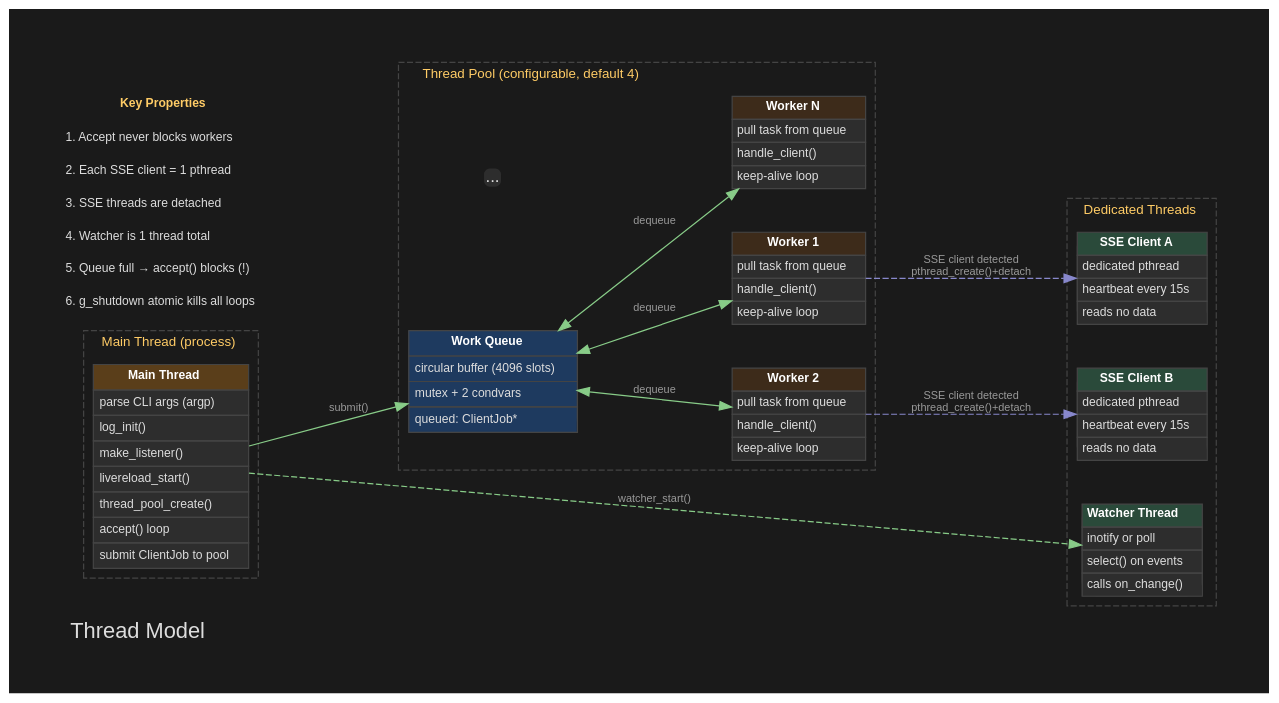
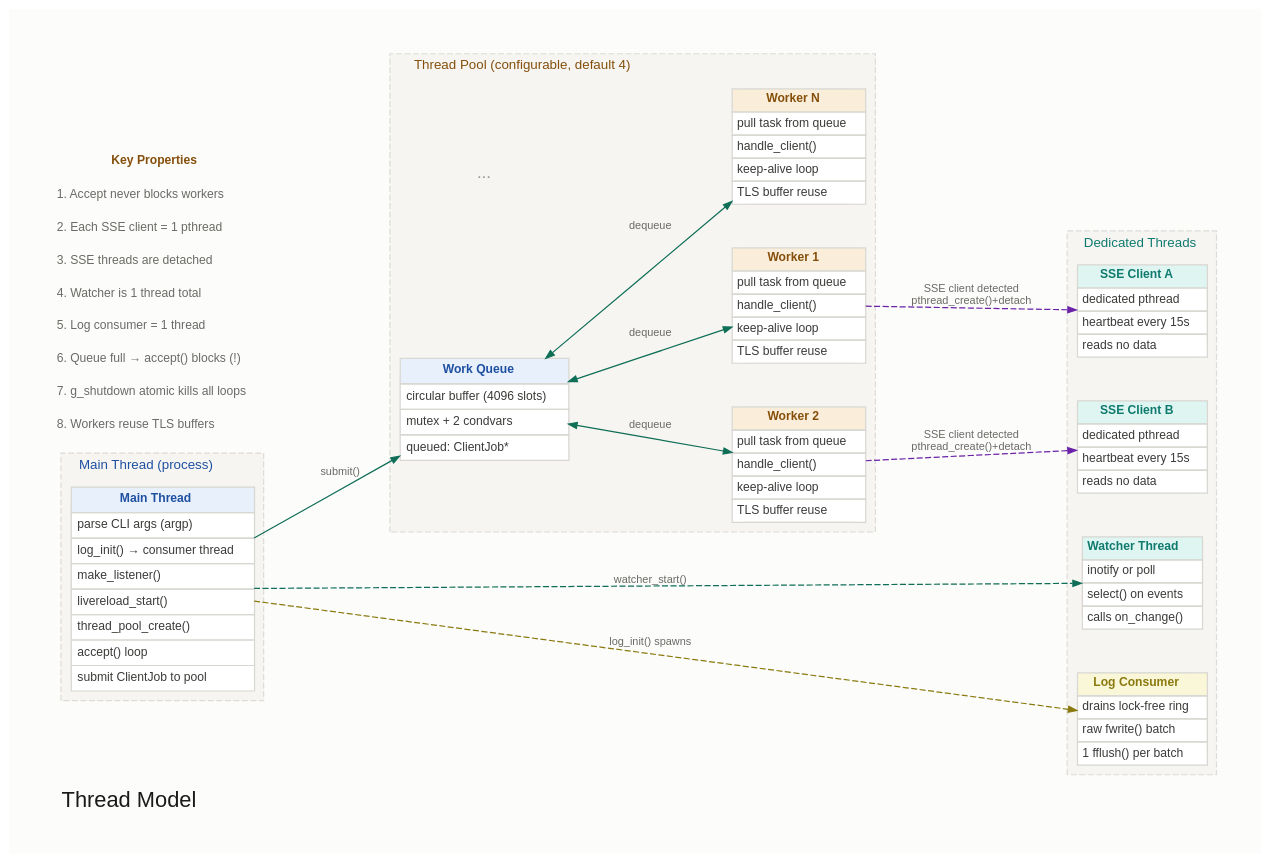
One commit to pritam12426/live_server changed the diagram in assets/thread-model.dot. Above: the diagram before and after it, drawn with Graphviz. The commit also changed 29 other files, not shown here.

```diff
--- a/assets/thread-model.dot
+++ b/assets/thread-model.dot
@@ -1,133 +1,146 @@
 digraph thread_model {
-    rankdir=LR;
-    bgcolor="#1a1a1a";
-    fontcolor="#dddddd";
-    fontname="Helvetica";
-    label="Thread Model";
-    labeljust=l;
-    fontsize=18;
-    pad=0.5;
-    nodesep=0.5;
-    ranksep=0.8;
+	rankdir=LR;
+	bgcolor="#fcfcfb";
+	fontcolor="#1a1a1a";
+	fontname="Helvetica";
+	label="Thread Model";
+	labeljust=l;
+	fontsize=18;
+	pad=0.4;
+	nodesep=0.5;
+	ranksep=0.8;
 
-    node [fontname="Helvetica" fontsize=10 shape=box style="filled,rounded" color="#444444" fontcolor="#dddddd"];
-    edge [color="#555555" fontcolor="#999999" fontname="Helvetica" fontsize=9];
+	node [fontname="Helvetica" fontsize=10 shape=box style="filled,rounded" color="#d8d7d2" fontcolor="#3a3a38"];
+	edge [color="#9c9b95" fontcolor="#6b6a66" fontname="Helvetica" fontsize=9 arrowsize=0.7 penwidth=1];
 
-    // ── Main Thread ───────────────────────────────────────────
+	// ── Main Thread ───────────────────────────────────────────
 
-    subgraph cluster_main {
-        label="Main Thread (process)";
-        style="filled,dashed";
-        color="#444444";
-        fillcolor="#1a1a1a";
-        fontcolor="#ffcc66";
-        fontsize=11;
+	subgraph cluster_main {
+		label="Main Thread (process)";
+		style="filled,dashed";
+		color="#dedcd6";
+		fillcolor="#f6f5f2";
+		fontcolor="#1e50a2";
+		fontsize=11;
 
-        main_thread [label=<<TABLE BORDER="0" CELLBORDER="1" CELLSPACING="0" CELLPADDING="4" BGCOLOR="#2d2d2d">
-            <TR><TD BGCOLOR="#5a3e1a"><FONT COLOR="#ffffff"><B>Main Thread</B></FONT></TD></TR>
-            <TR><TD ALIGN="LEFT">parse CLI args (argp)</TD></TR>
-            <TR><TD ALIGN="LEFT">log_init()</TD></TR>
-            <TR><TD ALIGN="LEFT">make_listener()</TD></TR>
-            <TR><TD ALIGN="LEFT">livereload_start()</TD></TR>
-            <TR><TD ALIGN="LEFT">thread_pool_create()</TD></TR>
-            <TR><TD ALIGN="LEFT">accept() loop</TD></TR>
-            <TR><TD ALIGN="LEFT">submit ClientJob to pool</TD></TR>
-        </TABLE>> shape=plain];
-    }
+		main_thread [label=<<TABLE BORDER="0" CELLBORDER="1" CELLSPACING="0" CELLPADDING="4" BGCOLOR="#ffffff" COLOR="#d8d7d2">
+			<TR><TD BGCOLOR="#e8f0fc" COLOR="#d8d7d2"><FONT COLOR="#1e50a2"><B>Main Thread</B></FONT></TD></TR>
+			<TR><TD ALIGN="LEFT"><FONT COLOR="#3a3a38">parse CLI args (argp)</FONT></TD></TR>
+			<TR><TD ALIGN="LEFT"><FONT COLOR="#3a3a38">log_init() → consumer thread</FONT></TD></TR>
+			<TR><TD ALIGN="LEFT"><FONT COLOR="#3a3a38">make_listener()</FONT></TD></TR>
+			<TR><TD ALIGN="LEFT"><FONT COLOR="#3a3a38">livereload_start()</FONT></TD></TR>
+			<TR><TD ALIGN="LEFT"><FONT COLOR="#3a3a38">thread_pool_create()</FONT></TD></TR>
+			<TR><TD ALIGN="LEFT"><FONT COLOR="#3a3a38">accept() loop</FONT></TD></TR>
+			<TR><TD ALIGN="LEFT"><FONT COLOR="#3a3a38">submit ClientJob to pool</FONT></TD></TR>
+		</TABLE>> shape=plain];
+	}
 
-    // ── Thread Pool ───────────────────────────────────────────
+	// ── Thread Pool ───────────────────────────────────────────
 
-    subgraph cluster_pool {
-        label="Thread Pool (configurable, default 4)";
-        style="filled,dashed";
-        color="#444444";
-        fillcolor="#1a1a1a";
-        fontcolor="#ffcc66";
-        fontsize=11;
+	subgraph cluster_pool {
+		label="Thread Pool (configurable, default 4)";
+		style="filled,dashed";
+		color="#dedcd6";
+		fillcolor="#f6f5f2";
+		fontcolor="#854f0b";
+		fontsize=11;
 
-        worker1 [label=<<TABLE BORDER="0" CELLBORDER="1" CELLSPACING="0" CELLPADDING="3" BGCOLOR="#2d2d2d">
-            <TR><TD BGCOLOR="#3d2b1a"><FONT COLOR="#ffffff"><B>Worker 1</B></FONT></TD></TR>
-            <TR><TD ALIGN="LEFT">pull task from queue</TD></TR>
-            <TR><TD ALIGN="LEFT">handle_client()</TD></TR>
-            <TR><TD ALIGN="LEFT">keep-alive loop</TD></TR>
-        </TABLE>> shape=plain];
+		worker1 [label=<<TABLE BORDER="0" CELLBORDER="1" CELLSPACING="0" CELLPADDING="3" BGCOLOR="#ffffff" COLOR="#d8d7d2">
+			<TR><TD BGCOLOR="#faeeda" COLOR="#d8d7d2"><FONT COLOR="#854f0b"><B>Worker 1</B></FONT></TD></TR>
+			<TR><TD ALIGN="LEFT"><FONT COLOR="#3a3a38">pull task from queue</FONT></TD></TR>
+			<TR><TD ALIGN="LEFT"><FONT COLOR="#3a3a38">handle_client()</FONT></TD></TR>
+			<TR><TD ALIGN="LEFT"><FONT COLOR="#3a3a38">keep-alive loop</FONT></TD></TR>
+			<TR><TD ALIGN="LEFT"><FONT COLOR="#3a3a38">TLS buffer reuse</FONT></TD></TR>
+		</TABLE>> shape=plain];
 
-        worker2 [label=<<TABLE BORDER="0" CELLBORDER="1" CELLSPACING="0" CELLPADDING="3" BGCOLOR="#2d2d2d">
-            <TR><TD BGCOLOR="#3d2b1a"><FONT COLOR="#ffffff"><B>Worker 2</B></FONT></TD></TR>
-            <TR><TD ALIGN="LEFT">pull task from queue</TD></TR>
-            <TR><TD ALIGN="LEFT">handle_client()</TD></TR>
-            <TR><TD ALIGN="LEFT">keep-alive loop</TD></TR>
-        </TABLE>> shape=plain];
+		worker2 [label=<<TABLE BORDER="0" CELLBORDER="1" CELLSPACING="0" CELLPADDING="3" BGCOLOR="#ffffff" COLOR="#d8d7d2">
+			<TR><TD BGCOLOR="#faeeda" COLOR="#d8d7d2"><FONT COLOR="#854f0b"><B>Worker 2</B></FONT></TD></TR>
+			<TR><TD ALIGN="LEFT"><FONT COLOR="#3a3a38">pull task from queue</FONT></TD></TR>
+			<TR><TD ALIGN="LEFT"><FONT COLOR="#3a3a38">handle_client()</FONT></TD></TR>
+			<TR><TD ALIGN="LEFT"><FONT COLOR="#3a3a38">keep-alive loop</FONT></TD></TR>
+			<TR><TD ALIGN="LEFT"><FONT COLOR="#3a3a38">TLS buffer reuse</FONT></TD></TR>
+		</TABLE>> shape=plain];
 
-        worker_dots [label="..." fillcolor="#2d2d2d" shape=plain fontsize=14];
+		worker_dots [label="..." fillcolor="none" color="none" shape=plain fontsize=14 fontcolor="#9c9b95"];
 
-        workerN [label=<<TABLE BORDER="0" CELLBORDER="1" CELLSPACING="0" CELLPADDING="3" BGCOLOR="#2d2d2d">
-            <TR><TD BGCOLOR="#3d2b1a"><FONT COLOR="#ffffff"><B>Worker N</B></FONT></TD></TR>
-            <TR><TD ALIGN="LEFT">pull task from queue</TD></TR>
-            <TR><TD ALIGN="LEFT">handle_client()</TD></TR>
-            <TR><TD ALIGN="LEFT">keep-alive loop</TD></TR>
-        </TABLE>> shape=plain];
+		workerN [label=<<TABLE BORDER="0" CELLBORDER="1" CELLSPACING="0" CELLPADDING="3" BGCOLOR="#ffffff" COLOR="#d8d7d2">
+			<TR><TD BGCOLOR="#faeeda" COLOR="#d8d7d2"><FONT COLOR="#854f0b"><B>Worker N</B></FONT></TD></TR>
+			<TR><TD ALIGN="LEFT"><FONT COLOR="#3a3a38">pull task from queue</FONT></TD></TR>
+			<TR><TD ALIGN="LEFT"><FONT COLOR="#3a3a38">handle_client()</FONT></TD></TR>
+			<TR><TD ALIGN="LEFT"><FONT COLOR="#3a3a38">keep-alive loop</FONT></TD></TR>
+			<TR><TD ALIGN="LEFT"><FONT COLOR="#3a3a38">TLS buffer reuse</FONT></TD></TR>
+		</TABLE>> shape=plain];
 
-        shared_queue [label=<<TABLE BORDER="0" CELLBORDER="1" CELLSPACING="0" CELLPADDING="4" BGCOLOR="#1e3a5f">
-            <TR><TD BGCOLOR="#1e3a5f"><FONT COLOR="#ffffff"><B>Work Queue</B></FONT></TD></TR>
-            <TR><TD ALIGN="LEFT">circular buffer (4096 slots)</TD></TR>
-            <TR><TD ALIGN="LEFT">mutex + 2 condvars</TD></TR>
-            <TR><TD ALIGN="LEFT">queued: ClientJob*</TD></TR>
-        </TABLE>> shape=plain];
-    }
+		shared_queue [label=<<TABLE BORDER="0" CELLBORDER="1" CELLSPACING="0" CELLPADDING="4" BGCOLOR="#ffffff" COLOR="#d8d7d2">
+			<TR><TD BGCOLOR="#e8f0fc" COLOR="#d8d7d2"><FONT COLOR="#1e50a2"><B>Work Queue</B></FONT></TD></TR>
+			<TR><TD ALIGN="LEFT"><FONT COLOR="#3a3a38">circular buffer (4096 slots)</FONT></TD></TR>
+			<TR><TD ALIGN="LEFT"><FONT COLOR="#3a3a38">mutex + 2 condvars</FONT></TD></TR>
+			<TR><TD ALIGN="LEFT"><FONT COLOR="#3a3a38">queued: ClientJob*</FONT></TD></TR>
+		</TABLE>> shape=plain];
+	}
 
-    // ── Dedicated Threads ─────────────────────────────────────
+	// ── Dedicated Threads ─────────────────────────────────────
 
-    subgraph cluster_dedicated {
-        label="Dedicated Threads";
-        style="filled,dashed";
-        color="#444444";
-        fillcolor="#1a1a1a";
-        fontcolor="#ffcc66";
-        fontsize=11;
+	subgraph cluster_dedicated {
+		label="Dedicated Threads";
+		style="filled,dashed";
+		color="#dedcd6";
+		fillcolor="#f6f5f2";
+		fontcolor="#0f7a6e";
+		fontsize=11;
 
-        watcher_thread [label=<<TABLE BORDER="0" CELLBORDER="1" CELLSPACING="0" CELLPADDING="3" BGCOLOR="#2d2d2d">
-            <TR><TD BGCOLOR="#2a4a3a"><FONT COLOR="#ffffff"><B>Watcher Thread</B></FONT></TD></TR>
-            <TR><TD ALIGN="LEFT">inotify or poll</TD></TR>
-            <TR><TD ALIGN="LEFT">select() on events</TD></TR>
-            <TR><TD ALIGN="LEFT">calls on_change()</TD></TR>
-        </TABLE>> shape=plain];
+		watcher_thread [label=<<TABLE BORDER="0" CELLBORDER="1" CELLSPACING="0" CELLPADDING="3" BGCOLOR="#ffffff" COLOR="#d8d7d2">
+			<TR><TD BGCOLOR="#dff5f2" COLOR="#d8d7d2"><FONT COLOR="#0f7a6e"><B>Watcher Thread</B></FONT></TD></TR>
+			<TR><TD ALIGN="LEFT"><FONT COLOR="#3a3a38">inotify or poll</FONT></TD></TR>
+			<TR><TD ALIGN="LEFT"><FONT COLOR="#3a3a38">select() on events</FONT></TD></TR>
+			<TR><TD ALIGN="LEFT"><FONT COLOR="#3a3a38">calls on_change()</FONT></TD></TR>
+		</TABLE>> shape=plain];
 
-        sse1 [label=<<TABLE BORDER="0" CELLBORDER="1" CELLSPACING="0" CELLPADDING="3" BGCOLOR="#2d2d2d">
-            <TR><TD BGCOLOR="#2a4a3a"><FONT COLOR="#ffffff"><B>SSE Client A</B></FONT></TD></TR>
-            <TR><TD ALIGN="LEFT">dedicated pthread</TD></TR>
-            <TR><TD ALIGN="LEFT">heartbeat every 15s</TD></TR>
-            <TR><TD ALIGN="LEFT">reads no data</TD></TR>
-        </TABLE>> shape=plain];
+		log_consumer [label=<<TABLE BORDER="0" CELLBORDER="1" CELLSPACING="0" CELLPADDING="3" BGCOLOR="#ffffff" COLOR="#d8d7d2">
+			<TR><TD BGCOLOR="#faf6d8" COLOR="#d8d7d2"><FONT COLOR="#8a7a0f"><B>Log Consumer</B></FONT></TD></TR>
+			<TR><TD ALIGN="LEFT"><FONT COLOR="#3a3a38">drains lock-free ring</FONT></TD></TR>
+			<TR><TD ALIGN="LEFT"><FONT COLOR="#3a3a38">raw fwrite() batch</FONT></TD></TR>
+			<TR><TD ALIGN="LEFT"><FONT COLOR="#3a3a38">1 fflush() per batch</FONT></TD></TR>
+		</TABLE>> shape=plain];
 
-        sse2 [label=<<TABLE BORDER="0" CELLBORDER="1" CELLSPACING="0" CELLPADDING="3" BGCOLOR="#2d2d2d">
-            <TR><TD BGCOLOR="#2a4a3a"><FONT COLOR="#ffffff"><B>SSE Client B</B></FONT></TD></TR>
-            <TR><TD ALIGN="LEFT">dedicated pthread</TD></TR>
-            <TR><TD ALIGN="LEFT">heartbeat every 15s</TD></TR>
-            <TR><TD ALIGN="LEFT">reads no data</TD></TR>
-        </TABLE>> shape=plain];
-    }
+		sse1 [label=<<TABLE BORDER="0" CELLBORDER="1" CELLSPACING="0" CELLPADDING="3" BGCOLOR="#ffffff" COLOR="#d8d7d2">
+			<TR><TD BGCOLOR="#dff5f2" COLOR="#d8d7d2"><FONT COLOR="#0f7a6e"><B>SSE Client A</B></FONT></TD></TR>
+			<TR><TD ALIGN="LEFT"><FONT COLOR="#3a3a38">dedicated pthread</FONT></TD></TR>
+			<TR><TD ALIGN="LEFT"><FONT COLOR="#3a3a38">heartbeat every 15s</FONT></TD></TR>
+			<TR><TD ALIGN="LEFT"><FONT COLOR="#3a3a38">reads no data</FONT></TD></TR>
+		</TABLE>> shape=plain];
 
-    // ── Edges ─────────────────────────────────────────────────
+		sse2 [label=<<TABLE BORDER="0" CELLBORDER="1" CELLSPACING="0" CELLPADDING="3" BGCOLOR="#ffffff" COLOR="#d8d7d2">
+			<TR><TD BGCOLOR="#dff5f2" COLOR="#d8d7d2"><FONT COLOR="#0f7a6e"><B>SSE Client B</B></FONT></TD></TR>
+			<TR><TD ALIGN="LEFT"><FONT COLOR="#3a3a38">dedicated pthread</FONT></TD></TR>
+			<TR><TD ALIGN="LEFT"><FONT COLOR="#3a3a38">heartbeat every 15s</FONT></TD></TR>
+			<TR><TD ALIGN="LEFT"><FONT COLOR="#3a3a38">reads no data</FONT></TD></TR>
+		</TABLE>> shape=plain];
+	}
 
-    main_thread -> shared_queue [label="submit()" color="#88cc88"];
-    main_thread -> watcher_thread [label="watcher_start()" color="#88cc88" style=dashed];
-    shared_queue -> worker1 [label="dequeue" dir=both color="#88cc88"];
-    shared_queue -> worker2 [label="dequeue" dir=both color="#88cc88"];
-    shared_queue -> workerN [label="dequeue" dir=both color="#88cc88"];
+	// ── Edges ─────────────────────────────────────────────────
 
-    worker1 -> sse1 [label="SSE client detected\npthread_create()+detach" color="#8888cc" style=dashed];
-    worker2 -> sse2 [label="SSE client detected\npthread_create()+detach" color="#8888cc" style=dashed];
+	main_thread -> shared_queue [label="submit()" color="#0f6e56"];
+	main_thread -> watcher_thread [label="watcher_start()" color="#0f6e56" style=dashed];
+	main_thread -> log_consumer [label="log_init() spawns" color="#8a7a0f" style=dashed];
+	shared_queue -> worker1 [label="dequeue" dir=both color="#0f6e56"];
+	shared_queue -> worker2 [label="dequeue" dir=both color="#0f6e56"];
+	shared_queue -> workerN [label="dequeue" dir=both color="#0f6e56"];
 
-    // ── Annotations ───────────────────────────────────────────
+	worker1 -> sse1 [label="SSE client detected\npthread_create()+detach" color="#6b21a8" style=dashed];
+	worker2 -> sse2 [label="SSE client detected\npthread_create()+detach" color="#6b21a8" style=dashed];
 
-    note [label=<<TABLE BORDER="0" CELLBORDER="0" CELLSPACING="4" CELLPADDING="6">
-        <TR><TD><FONT COLOR="#ffcc66"><B>Key Properties</B></FONT></TD></TR>
-        <TR><TD ALIGN="LEFT">1. Accept never blocks workers</TD></TR>
-        <TR><TD ALIGN="LEFT">2. Each SSE client = 1 pthread</TD></TR>
-        <TR><TD ALIGN="LEFT">3. SSE threads are detached</TD></TR>
-        <TR><TD ALIGN="LEFT">4. Watcher is 1 thread total</TD></TR>
-        <TR><TD ALIGN="LEFT">5. Queue full → accept() blocks (!)</TD></TR>
-        <TR><TD ALIGN="LEFT">6. g_shutdown atomic kills all loops</TD></TR>
-    </TABLE>> shape=plain fillcolor="none"];
+	// ── Annotations ───────────────────────────────────────────
+
+	note [label=<<TABLE BORDER="0" CELLBORDER="0" CELLSPACING="4" CELLPADDING="6">
+		<TR><TD><FONT COLOR="#854f0b"><B>Key Properties</B></FONT></TD></TR>
+		<TR><TD ALIGN="LEFT"><FONT COLOR="#6b6a66">1. Accept never blocks workers</FONT></TD></TR>
+		<TR><TD ALIGN="LEFT"><FONT COLOR="#6b6a66">2. Each SSE client = 1 pthread</FONT></TD></TR>
+		<TR><TD ALIGN="LEFT"><FONT COLOR="#6b6a66">3. SSE threads are detached</FONT></TD></TR>
+		<TR><TD ALIGN="LEFT"><FONT COLOR="#6b6a66">4. Watcher is 1 thread total</FONT></TD></TR>
+		<TR><TD ALIGN="LEFT"><FONT COLOR="#6b6a66">5. Log consumer = 1 thread</FONT></TD></TR>
+		<TR><TD ALIGN="LEFT"><FONT COLOR="#6b6a66">6. Queue full → accept() blocks (!)</FONT></TD></TR>
+		<TR><TD ALIGN="LEFT"><FONT COLOR="#6b6a66">7. g_shutdown atomic kills all loops</FONT></TD></TR>
+		<TR><TD ALIGN="LEFT"><FONT COLOR="#6b6a66">8. Workers reuse TLS buffers</FONT></TD></TR>
+	</TABLE>> shape=plain fillcolor="none"];
 }
```
